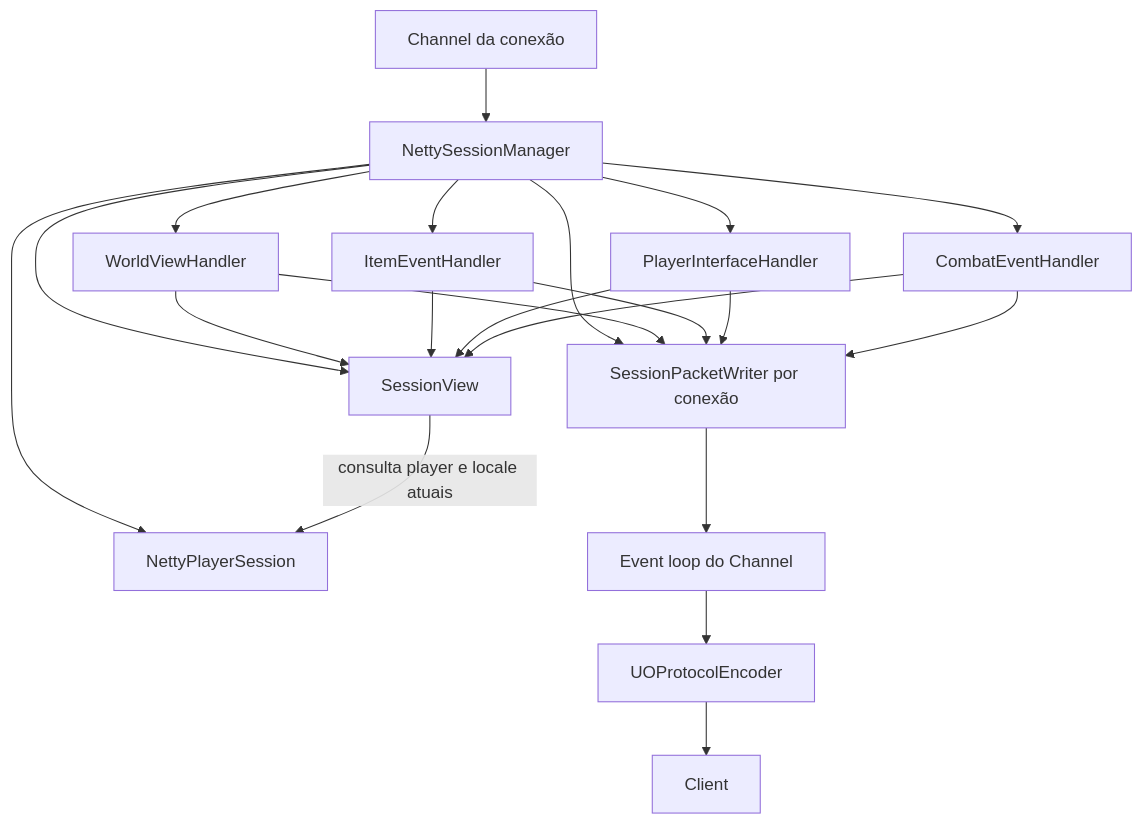
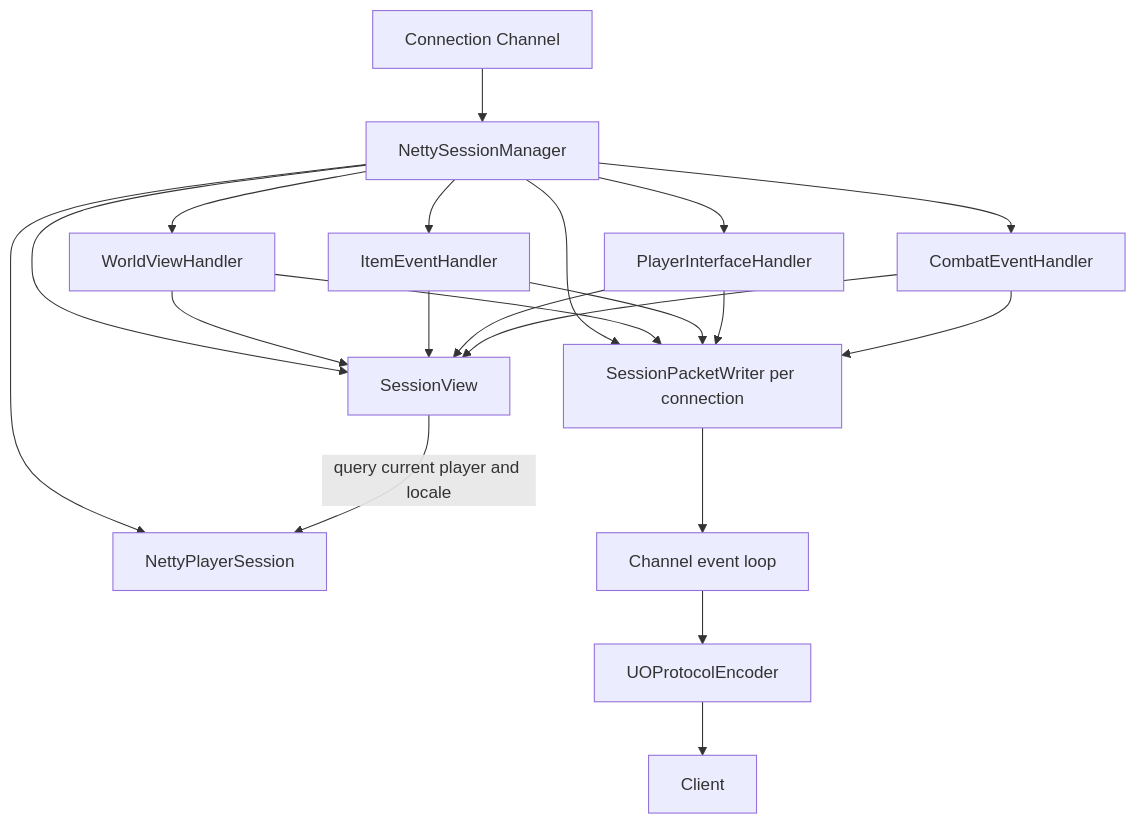
Before and after one commit to mayconr/juoforge-server: the first of 7 diagrams in docs/server-sessions.md, drawn with Mermaid. The commit also changed other lines of this file and 97 other files, not shown here.

````diff
--- a/docs/server-sessions.md
+++ b/docs/server-sessions.md
@@ -28,23 +28,23 @@
 ```mermaid
 flowchart TD
-    Channel[Channel da conexão] --> Manager[NettySessionManager]
+    Channel[Connection Channel] --> Manager[NettySessionManager]
     Manager --> Session[NettyPlayerSession]
-    Manager --> Writer[SessionPacketWriter por conexão]
+    Manager --> Writer[SessionPacketWriter per connection]
     Manager --> View[SessionView]
-    View -->|consulta player e locale atuais| Session
+    View -->|query current player and locale| Session
     Manager --> World[WorldViewHandler]
     Manager --> Items[ItemEventHandler]
     Manager --> UI[PlayerInterfaceHandler]
     Manager --> Combat[CombatEventHandler]
     World --> View
     Items --> View
     UI --> View
     Combat --> View
     World --> Writer
     Items --> Writer
     UI --> Writer
     Combat --> Writer
-    Writer --> Loop[Event loop do Channel]
+    Writer --> Loop[Channel event loop]
     Loop --> Encoder[UOProtocolEncoder]
     Encoder --> Client[Client]
 ```
````
